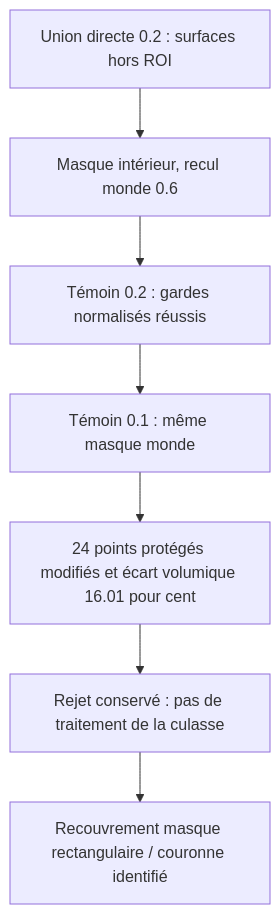
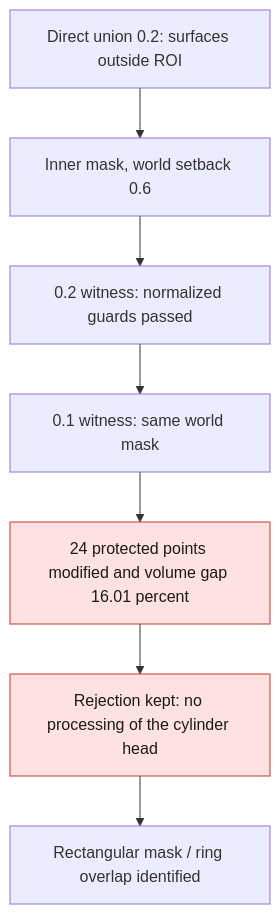
The first of 3 diagrams in docs/reports/M64_PICOGK_LOCAL_JUNCTION_WITNESS_20260908.md (cluster2600/porscheparts), drawn with Mermaid before and after one commit. The commit also changed other lines of this file and 228 other files, not shown here.

````diff
--- a/docs/reports/M64_PICOGK_LOCAL_JUNCTION_WITNESS_20260908.md
+++ b/docs/reports/M64_PICOGK_LOCAL_JUNCTION_WITNESS_20260908.md
@@ -17,9 +17,11 @@
 ```mermaid
 flowchart TD
-    A["Union directe 0.2 : surfaces hors ROI"] --> B["Masque intérieur, recul monde 0.6"]
-    B --> C["Témoin 0.2 : gardes normalisés réussis"]
-    C --> D["Témoin 0.1 : même masque monde"]
-    D --> E["24 points protégés modifiés et écart volumique 16.01 pour cent"]
-    E --> F["Rejet conservé : pas de traitement de la culasse"]
-    F --> G["Recouvrement masque rectangulaire / couronne identifié"]
+    A["Direct union 0.2: surfaces outside ROI"] --> B["Inner mask, world setback 0.6"]
+    B --> C["0.2 witness: normalized guards passed"]
+    C --> D["0.1 witness: same world mask"]
+    D --> E["24 protected points modified and volume gap 16.01 percent"]
+    E --> F["Rejection kept: no processing of the cylinder head"]
+    F --> G["Rectangular mask / ring overlap identified"]
+    classDef stop fill:#fde2e1,stroke:#c0392b,color:#1a1a1a;
+    class E,F stop;
 ```
````
